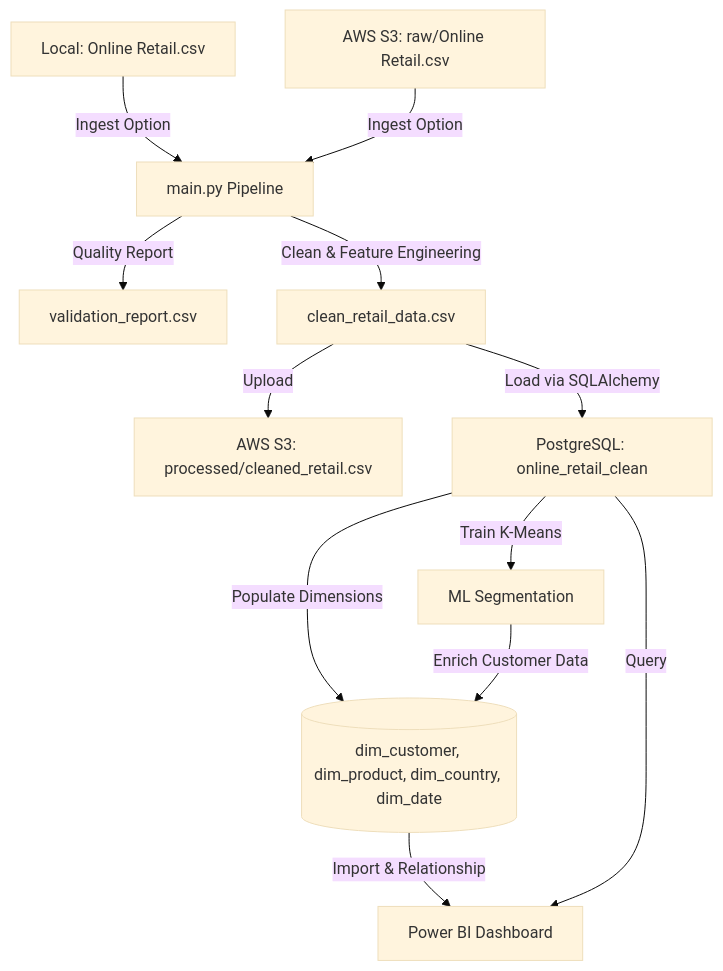
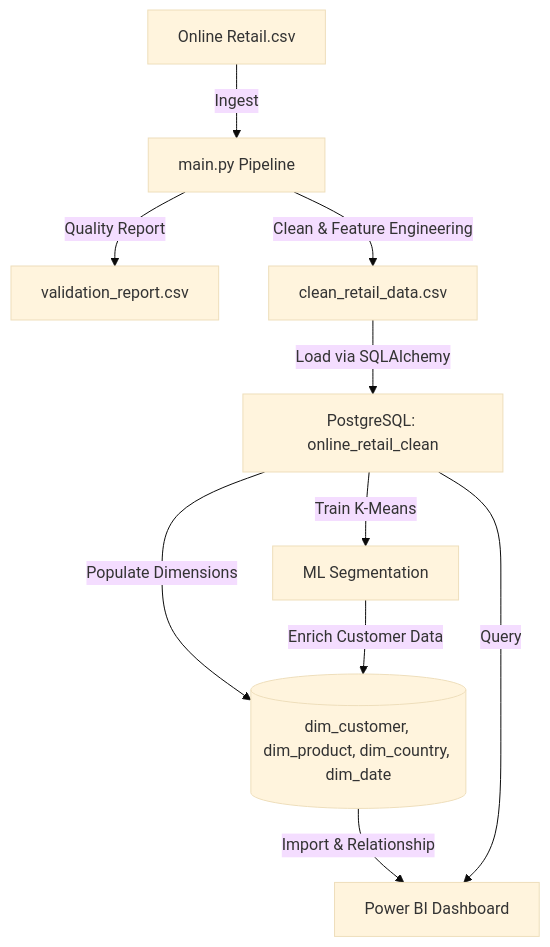
Before and after one commit to Mansi091/DATA_WAREHOUSE: the diagram in README.md, drawn with Mermaid (base theme). The commit also changed other lines of this file and 9 other files, not shown here.

````diff
--- a/README.md
+++ b/README.md
@@ -11,27 +9,23 @@
 ```mermaid
 flowchart TD
-    %% Source Options
-    LocalCSV[Local: Online Retail.csv] -->|Ingest Option| ETL[main.py Pipeline]
-    S3Raw[AWS S3: raw/Online Retail.csv] -->|Ingest Option| ETL
+    %% Extract & Validate
+    Raw[Online Retail.csv] -->|Ingest| ETL[main.py Pipeline]
+    ETL -->|Quality Report| Val[validation_report.csv]
     
-    %% Validate & Transform
-    ETL -->|Quality Report| Val[validation_report.csv]
+    %% Transform
     ETL -->|Clean & Feature Engineering| Clean[clean_retail_data.csv]
-    
-    %% S3 Store
-    Clean -->|Upload| S3Processed[AWS S3: processed/cleaned_retail.csv]
     
     %% Load
     Clean -->|Load via SQLAlchemy| Staging[PostgreSQL: online_retail_clean]
     
     %% Dim Creating
     Staging -->|Populate Dimensions| Dims[(dim_customer, dim_product, dim_country, dim_date)]
     
     %% ML Loop
     Staging -->|Train K-Means| ML[ML Segmentation]
     ML -->|Enrich Customer Data| Dims
     
     %% Power BI
     Dims -->|Import & Relationship| PBI[Power BI Dashboard]
     Staging -->|Query| PBI
 ```
````
